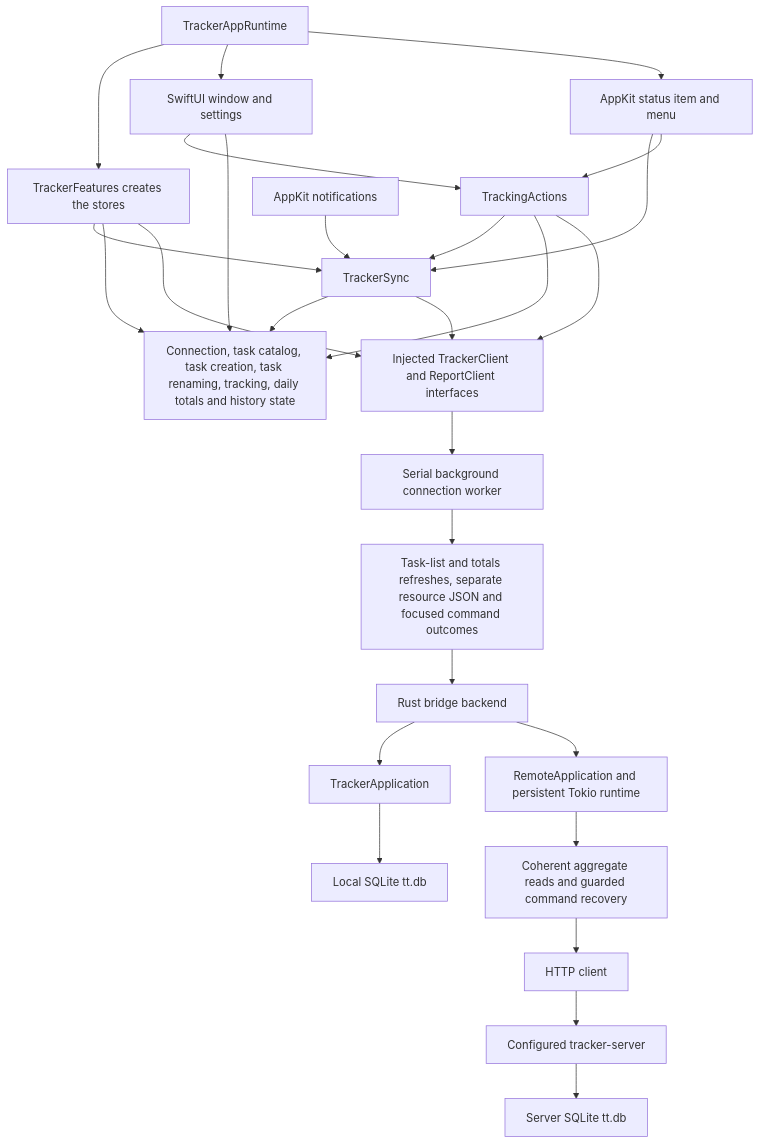
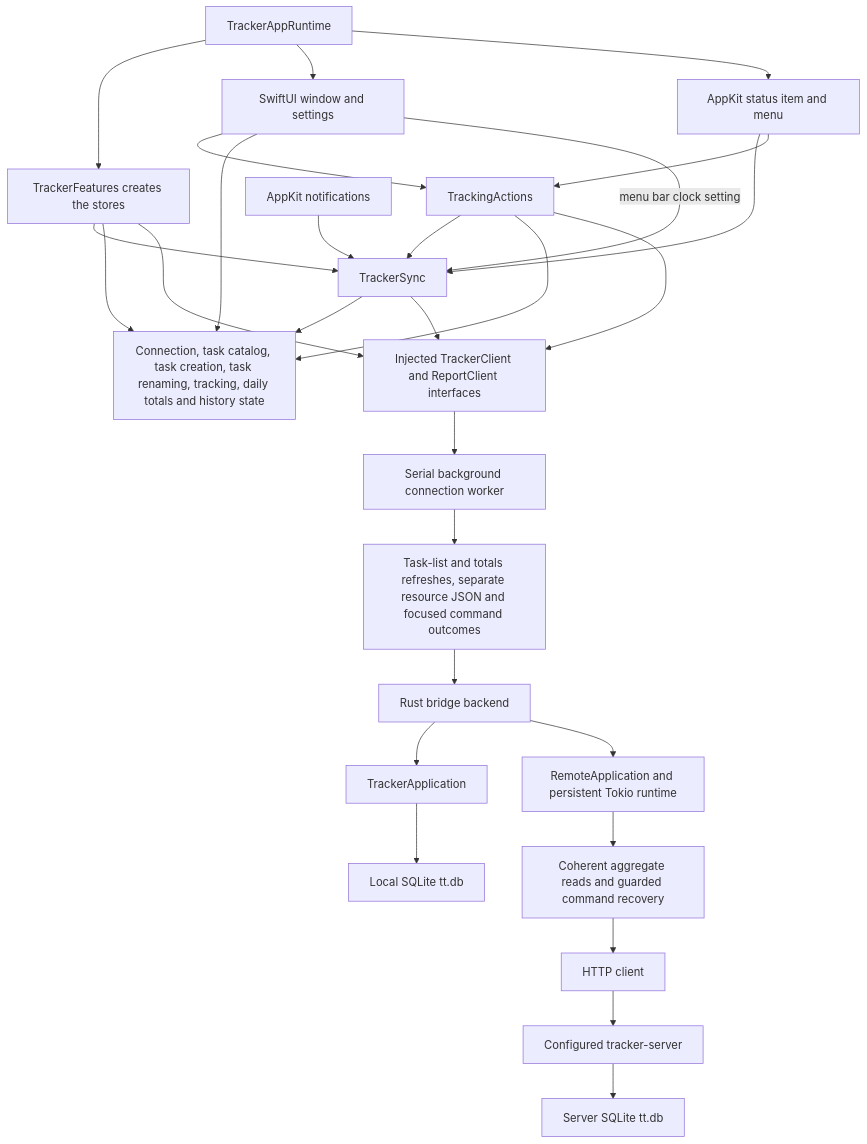
The diagram in apps/swiftui/README.md (remshams/time-tracker), drawn with Mermaid before and after one commit.

Commit message:
docs(SwiftUIApp): keep the menu bar clock setting's edge from Settings to TrackerSync

````diff
--- a/apps/swiftui/README.md
+++ b/apps/swiftui/README.md
@@ -291,25 +291,26 @@
 ```mermaid
 flowchart TD
     Runtime[TrackerAppRuntime] --> TrackerFeatures[TrackerFeatures creates the stores]
     Runtime --> UI[SwiftUI window and settings]
     Runtime --> Menu[AppKit status item and menu]
     Menu --> Sync[TrackerSync]
     Menu --> Actions[TrackingActions]
     UI --> Actions
     UI --> Features
+    UI -->|menu bar clock setting| Sync
     TrackerFeatures --> Sync
     Actions --> Sync
     TrackerFeatures & Sync & Actions --> Features[Connection, task catalog, task creation, task renaming, tracking, daily totals and history state]
     Lifecycle[AppKit notifications] --> Sync
     TrackerFeatures & Sync & Actions --> Port[Injected TrackerClient and ReportClient interfaces]
     Port --> Worker[Serial background connection worker]
     Worker --> ABI[Task-list and totals refreshes, separate resource JSON and focused command outcomes]
     ABI --> Backend[Rust bridge backend]
     Backend --> Local[TrackerApplication]
     Local --> DB[Local SQLite tt.db]
     Backend --> Remote[RemoteApplication and persistent Tokio runtime]
     Remote --> Coordinator[Coherent aggregate reads and guarded command recovery]
     Coordinator --> HTTP[HTTP client]
     HTTP --> Server[Configured tracker-server]
     Server --> ServerDB[Server SQLite tt.db]
 ```
````
